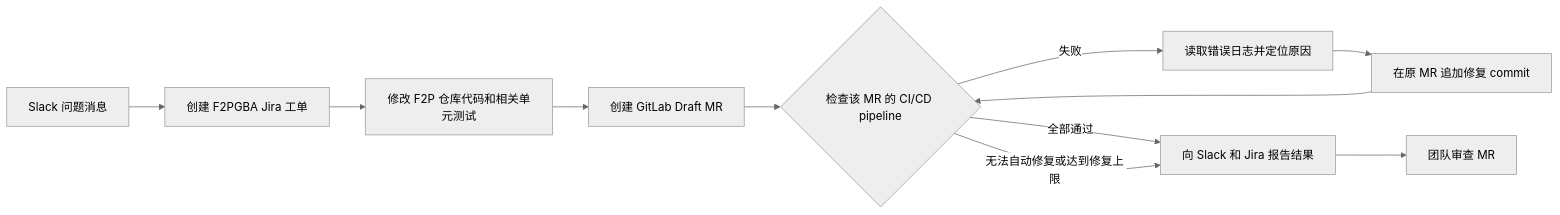
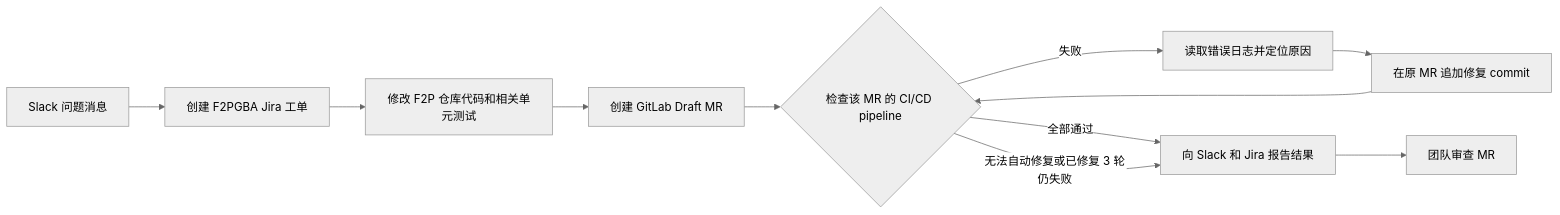
Before and after one commit to whhe-coder/Chat-to-Fix-Agent: the diagram in README.md, drawn with Mermaid (neutral theme). The commit also changed other lines of this file, not shown here.

````diff
--- a/README.md
+++ b/README.md
@@ -9,13 +9,13 @@
 ```mermaid
 flowchart LR
     A[Slack 问题消息] --> B[创建 F2PGBA Jira 工单]
     B --> C[修改 F2P 仓库代码和相关单元测试]
     C --> D[创建 GitLab Draft MR]
     D --> E{检查该 MR 的 CI/CD pipeline}
     E -->|失败| F[读取错误日志并定位原因]
     F --> G[在原 MR 追加修复 commit]
     G --> E
     E -->|全部通过| H[向 Slack 和 Jira 报告结果]
-    E -->|无法自动修复或达到修复上限| H
+    E -->|无法自动修复或已修复 3 轮仍失败| H
     H --> I[团队审查 MR]
 ```
````
